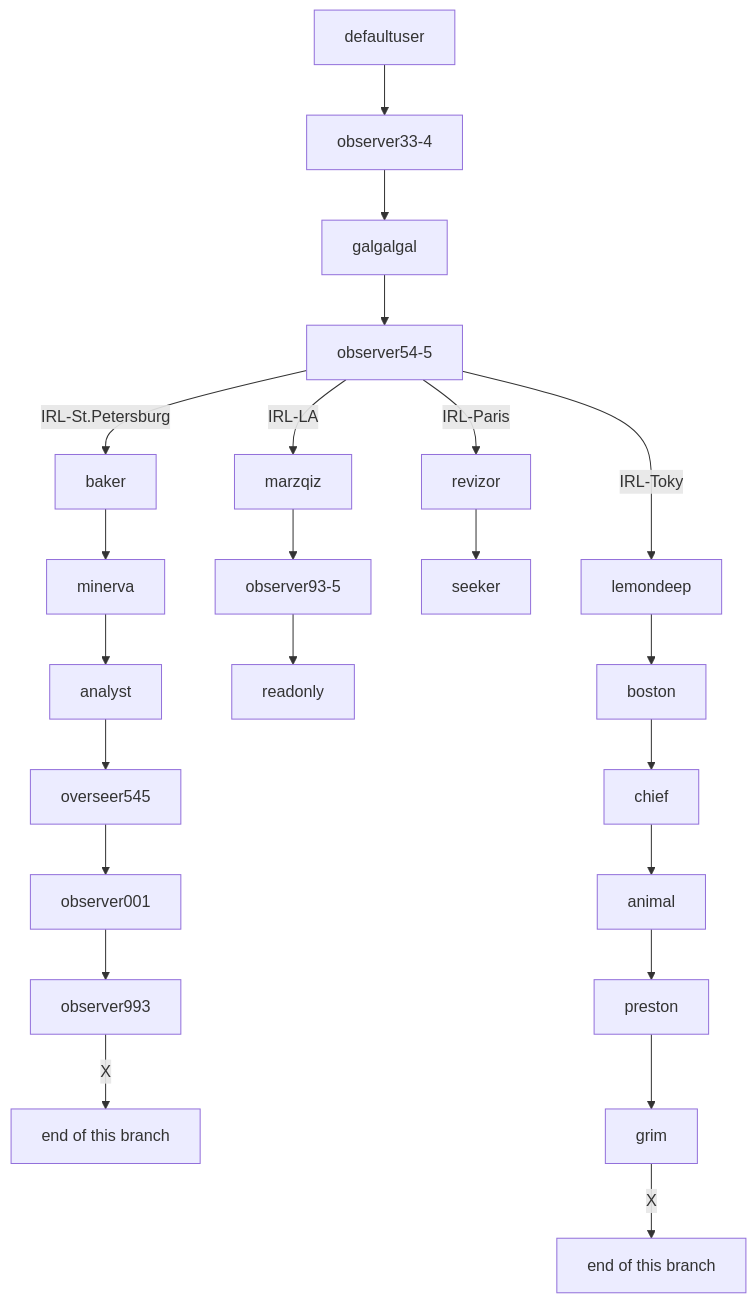
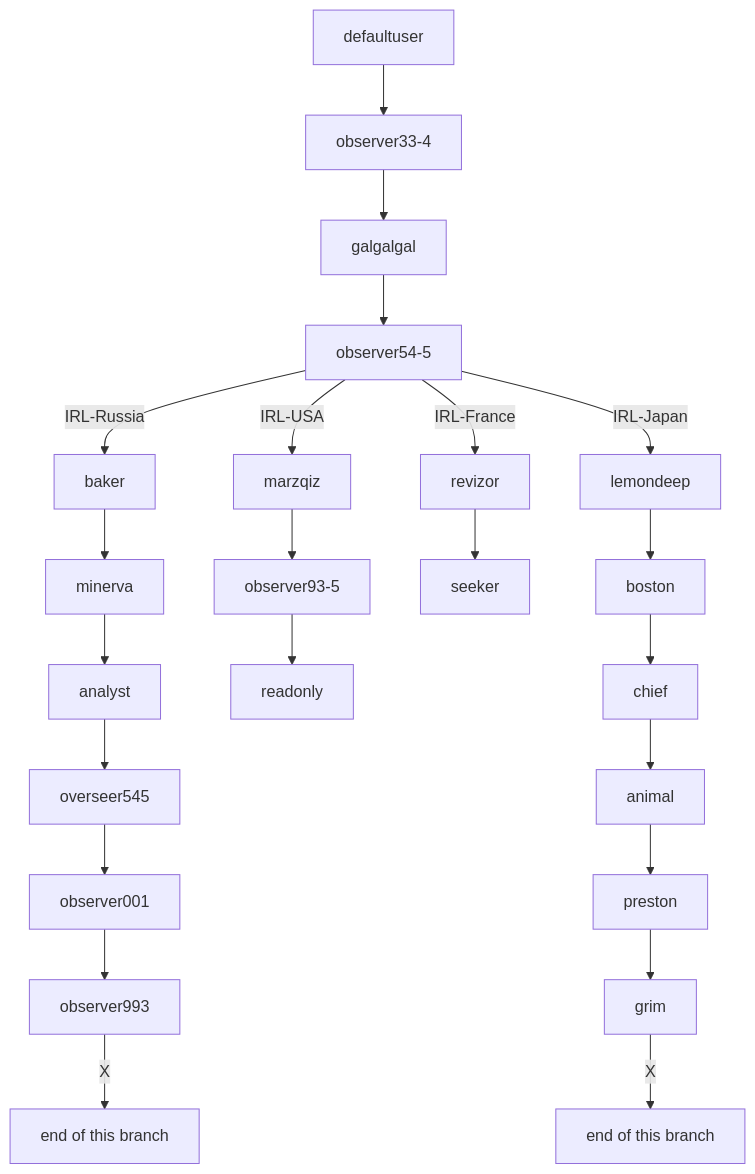
One commit to Philsie/ARRS-documentation changed the diagram in README.md. Above: the diagram before and after it, drawn with Mermaid.

````diff
--- a/README.md
+++ b/README.md
@@ -38,29 +38,29 @@
 ```mermaid
 graph TD;
     defaultuser --> observer33-4;
     observer33-4 --> galgalgal;
     galgalgal --> observer54-5;
 
-    observer54-5 --IRL-St.Petersburg--> baker;
+    observer54-5 --IRL-Russia--> baker;
     baker --> minerva;
     minerva --> analyst;
     analyst --> overseer545;
     overseer545 --> observer001;
     observer001 --> observer993;
     observer993 --X--> russiaEnd["end of this branch"];
 
-    observer54-5 --IRL-LA--> marzqiz;
+    observer54-5 --IRL-USA--> marzqiz;
     marzqiz --> observer93-5;
     observer93-5 --> readonly;
 
-    observer54-5 --IRL-Paris--> revizor;
+    observer54-5 --IRL-France--> revizor;
     revizor --> seeker;
 
-    observer54-5 --IRL-Tokyo--> lemondeep;
+    observer54-5 --IRL-Japan--> lemondeep;
     lemondeep --> boston;
     boston --> chief;
     chief --> animal;
     animal --> preston;
     preston --> grim;
     grim --X--> japanEnd["end of this branch"];
 ```
````
